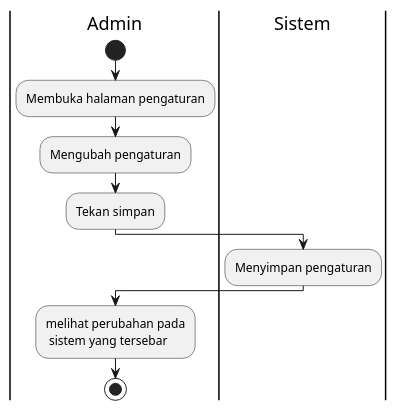
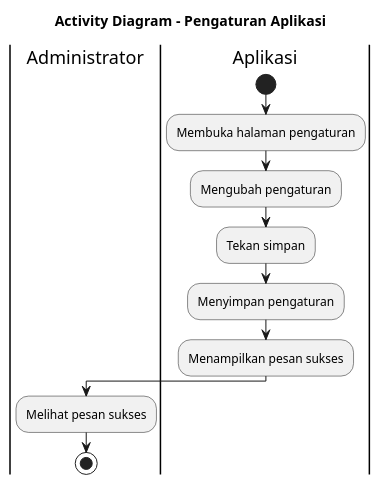
One commit to juntralala/e-atk changed the diagram in docs/activity/setting.plantuml. Above: the diagram before and after it, drawn with PlantUML. The commit also changed 207 other files, not shown here.

```diff
--- a/docs/activity/setting.plantuml
+++ b/docs/activity/setting.plantuml
@@ -1,15 +1,18 @@
-@startuml Pengaturan Aplikasi
-|actor1|Admin
+@startuml Activity Diagram - Pengaturan Aplikasi
+title Activity Diagram - Pengaturan Aplikasi
+|actor1|Administrator
+|Sistem|Aplikasi
 start
 :Membuka halaman pengaturan;
 :Mengubah pengaturan;
 :Tekan simpan;
 
 |Sistem|
 :Menyimpan pengaturan;
+:Menampilkan pesan sukses;
 
 |actor1|
-:melihat perubahan pada\n sistem yang tersebar;
+:Melihat pesan sukses;
 
 stop
 @enduml
```
